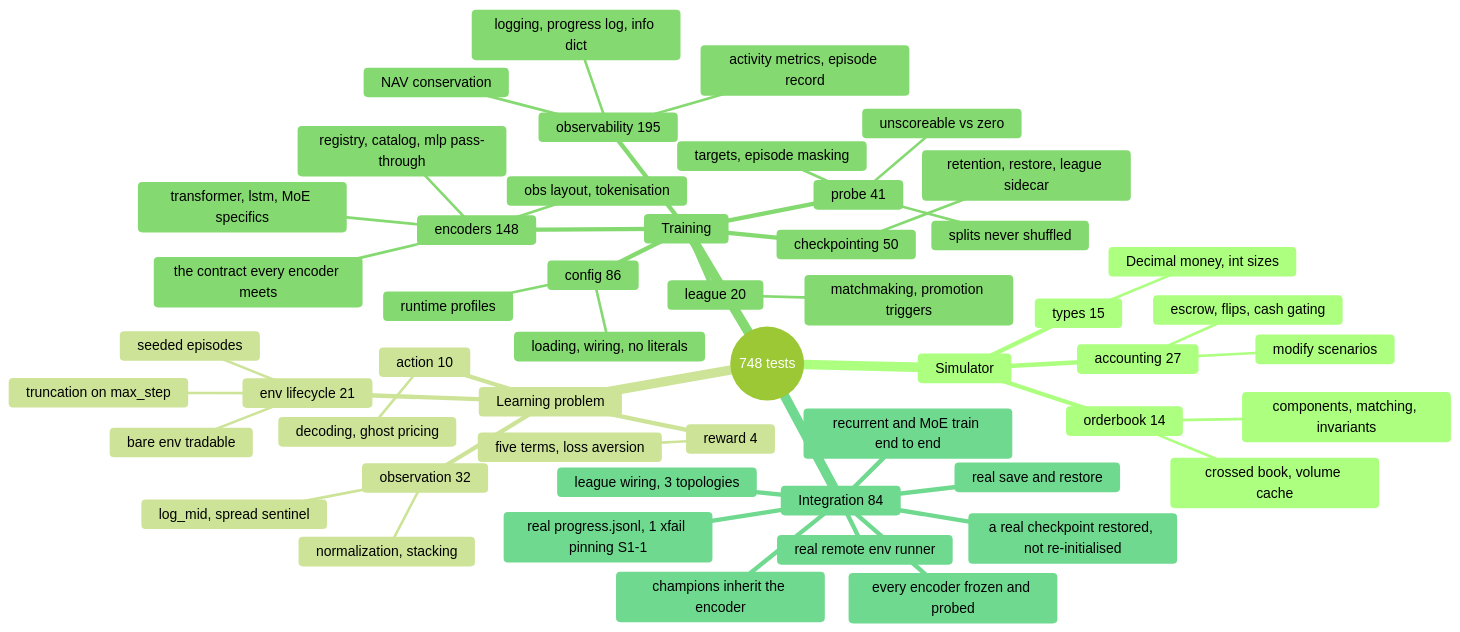
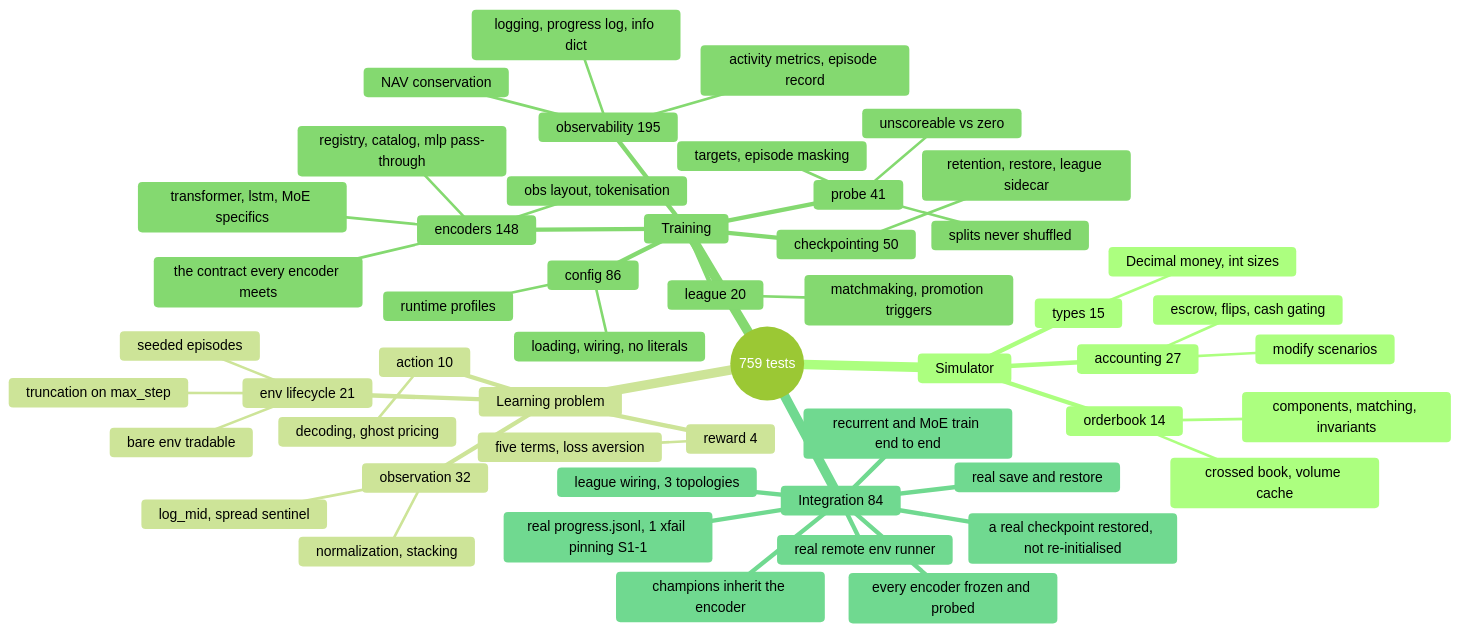
Before and after one commit to ChuaCheowHuan/gym-continuousDoubleAuction: the diagram in doc/10_testing.md, drawn with Mermaid (forest theme). The commit also changed other lines of this file and 27 other files, not shown here.

````diff
--- a/doc/10_testing.md
+++ b/doc/10_testing.md
@@ -109,55 +109,55 @@
 ```mermaid
 mindmap
-  root((748 tests))
+  root((759 tests))
     Simulator
       orderbook 14
         components, matching, invariants
         crossed book, volume cache
       accounting 27
         escrow, flips, cash gating
         modify scenarios
       types 15
         Decimal money, int sizes
     Learning problem
       observation 32
         normalization, stacking
         log_mid, spread sentinel
       action 10
         decoding, ghost pricing
       reward 4
         five terms, loss aversion
       env lifecycle 21
         bare env tradable
         truncation on max_step
         seeded episodes
     Training
       config 86
         loading, wiring, no literals
         runtime profiles
       checkpointing 50
         retention, restore, league sidecar
       league 20
         matchmaking, promotion triggers
       encoders 148
         registry, catalog, mlp pass-through
         obs layout, tokenisation
         the contract every encoder meets
         transformer, lstm, MoE specifics
       observability 195
         logging, progress log, info dict
         activity metrics, episode record
         NAV conservation
       probe 41
         targets, episode masking
         splits never shuffled
         unscoreable vs zero
     Integration 84
       league wiring, 3 topologies
       real save and restore
       real progress.jsonl, 1 xfail pinning S1-1
       real remote env runner
       champions inherit the encoder
       recurrent and MoE train end to end
       every encoder frozen and probed
       a real checkpoint restored, not re-initialised
 ```
````
